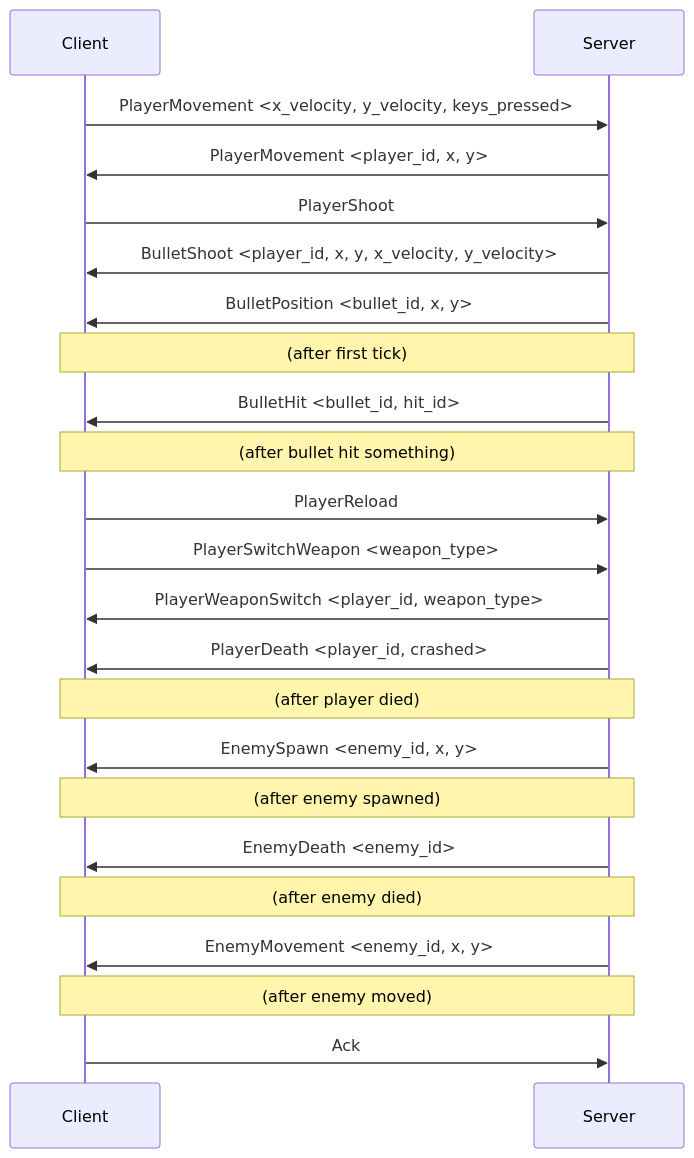
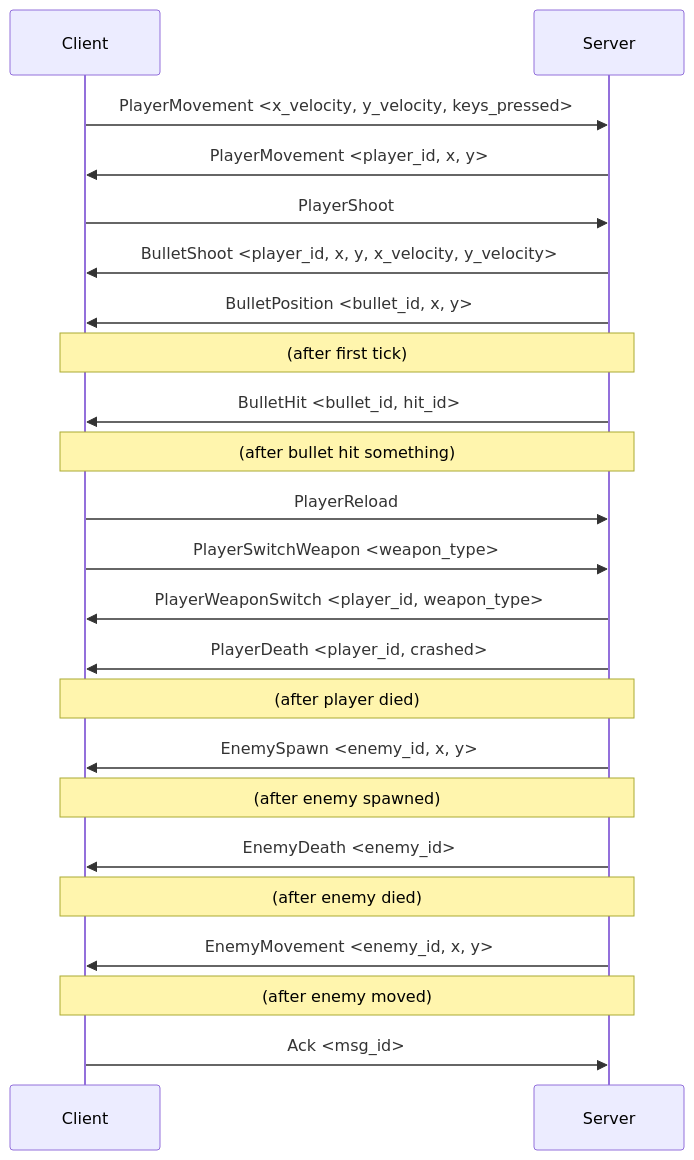
One commit to Miou-zora/R-Type changed the second of 2 diagrams in docs/PROTOCOL.md. Above: the diagram before and after it, drawn with Mermaid. The commit also changed other lines of this file and 12 other files, not shown here.

````diff
--- a/docs/PROTOCOL.md
+++ b/docs/PROTOCOL.md
@@ -143,25 +143,25 @@
 ```mermaid
 sequenceDiagram
     participant C as Client
     participant S as Server
     C->>S: PlayerMovement <x_velocity, y_velocity, keys_pressed>
     S->>C: PlayerMovement <player_id, x, y>
     C->>S: PlayerShoot
     S->>C: BulletShoot <player_id, x, y, x_velocity, y_velocity>
     S->>C: BulletPosition <bullet_id, x, y>
     Note over C,S: (after first tick)
     S->>C: BulletHit <bullet_id, hit_id>
     Note over C,S: (after bullet hit something)
     C->>S: PlayerReload
     C->>S: PlayerSwitchWeapon <weapon_type>
     S->>C: PlayerWeaponSwitch <player_id, weapon_type>
     S->>C: PlayerDeath <player_id, crashed>
     Note over C,S: (after player died)
     S->>C: EnemySpawn <enemy_id, x, y>
     Note over C,S: (after enemy spawned)
     S->>C: EnemyDeath <enemy_id>
     Note over C,S: (after enemy died)
     S->>C: EnemyMovement <enemy_id, x, y>
     Note over C,S: (after enemy moved)
-    C->>S: Ack
+    C->>S: Ack <msg_id>
 ```
````
